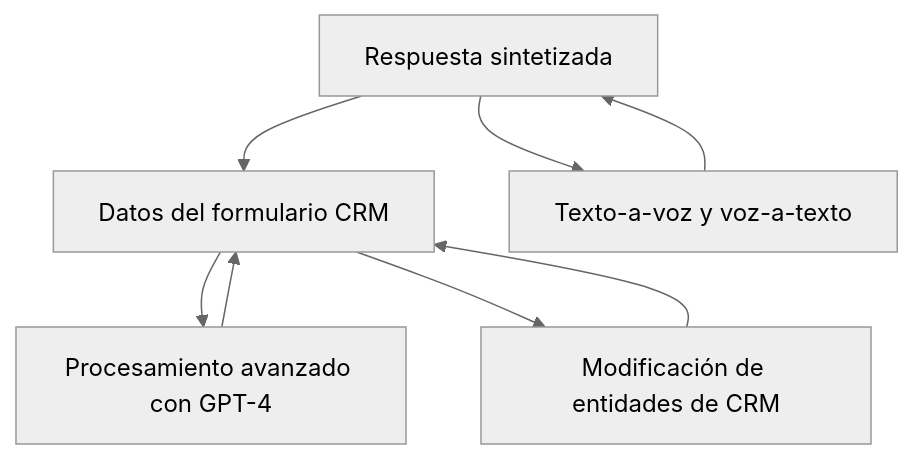
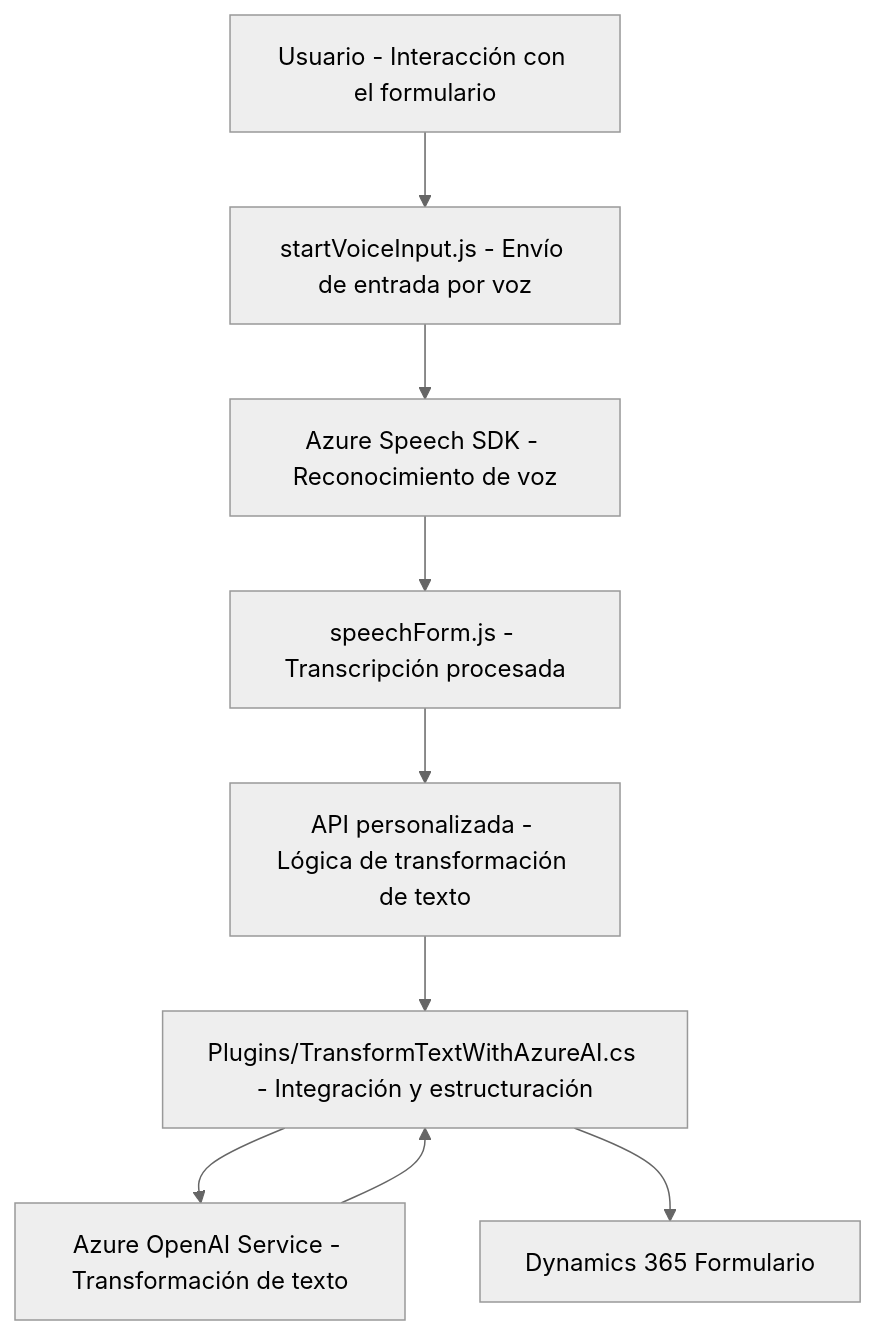
The diagram in README.md (blopezdm/NETCORE_BILBAO2025), drawn with Mermaid (neutral theme) before and after one commit. The commit also changed other lines of this file, not shown here.

Commit message:
Actualizar análisis global de la solución con IA

````diff
--- a/README.md
+++ b/README.md
@@ -33,16 +33,20 @@
 ```mermaid
 graph TD
-    A["Frontend - JS"]
-    B["Backend - Dynamics Plugin"]
-    C["Azure Speech SDK"]
-    D["Azure OpenAI API"]
-    E["Dynamics 365 Web API"]
-
-    A --> C["Texto-a-voz y voz-a-texto"]
-    A --> B["Interacción con backend"]
-    B --> D["Procesamiento avanzado con GPT-4"]
-    B --> E["Modificación de entidades de CRM"]
-    C --> A["Respuesta sintetizada"]
-    D --> B["Transformación de texto"]
-    E --> B["Datos del formulario CRM"]
+    A["Usuario - Interacción con el formulario"]
+    B["startVoiceInput.js - Envío de entrada por voz"]
+    C["Azure Speech SDK - Reconocimiento de voz"]
+    D["speechForm.js - Transcripción procesada"]
+    E["API personalizada - Lógica de transformación de texto"]
+    F["Plugins/TransformTextWithAzureAI.cs - Integración y estructuración"]
+    G["Azure OpenAI Service - Transformación de texto"]
+    H["Dynamics 365 Formulario"]
+    
+    A --> B
+    B --> C
+    C --> D
+    D --> E
+    E --> F
+    F --> G
+    G --> F
+    F --> H
 ```
````
